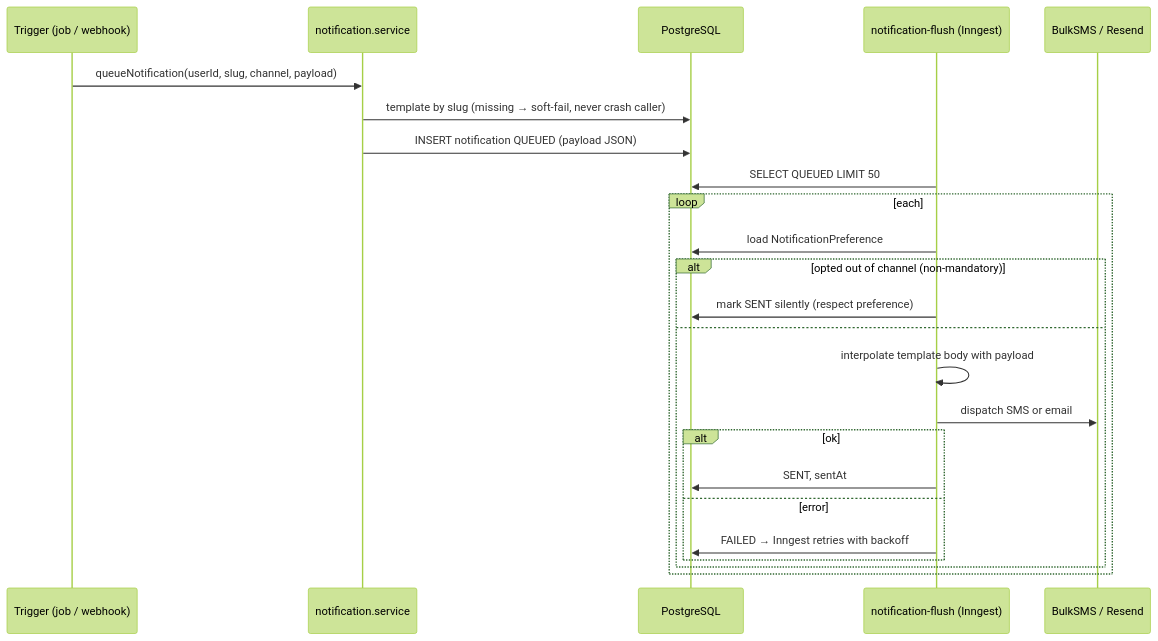
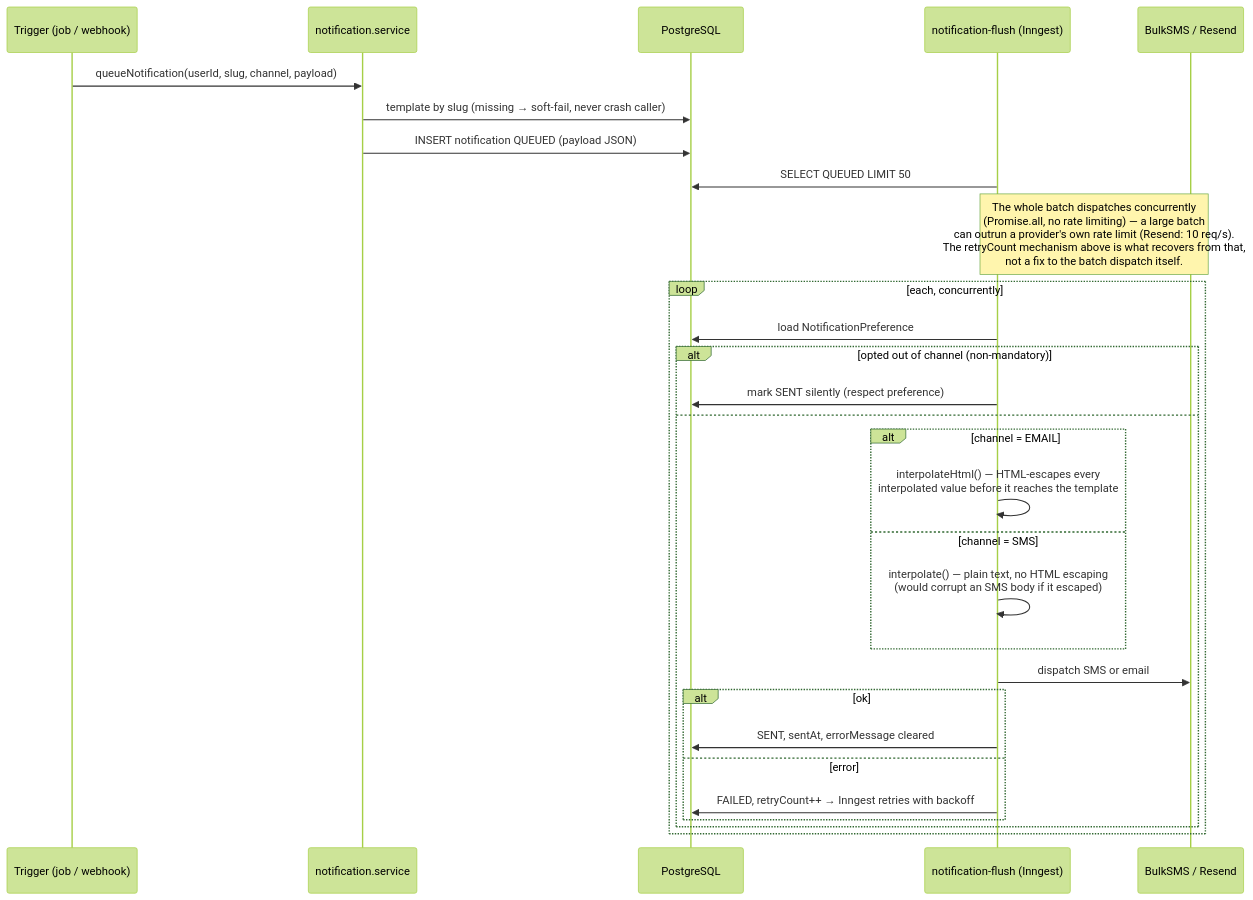
The second of 3 diagrams in docs/flows/04-notification-pipeline.md (KSDRILL-SA/Xkimi-Xa-Mali), drawn with Mermaid (forest theme) before and after one commit. The commit also changed other lines of this file and 5 other files, not shown here.

````diff
--- a/docs/flows/04-notification-pipeline.md
+++ b/docs/flows/04-notification-pipeline.md
@@ -26,28 +44,33 @@
 ```mermaid
 sequenceDiagram
     participant T as Trigger (job / webhook)
     participant SVC as notification.service
     participant DB as PostgreSQL
     participant FL as notification-flush (Inngest)
     participant P as BulkSMS / Resend
 
     T->>SVC: queueNotification(userId, slug, channel, payload)
     SVC->>DB: template by slug (missing → soft-fail, never crash caller)
     SVC->>DB: INSERT notification QUEUED (payload JSON)
 
     FL->>DB: SELECT QUEUED LIMIT 50
-    loop each
+    Note over FL,P: The whole batch dispatches concurrently<br/>(Promise.all, no rate limiting) — a large batch<br/>can outrun a provider's own rate limit (Resend: 10 req/s).<br/>The retryCount mechanism above is what recovers from that,<br/>not a fix to the batch dispatch itself.
+    loop each, concurrently
         FL->>DB: load NotificationPreference
         alt opted out of channel (non-mandatory)
             FL->>DB: mark SENT silently (respect preference)
         else
-            FL->>FL: interpolate template body with payload
+            alt channel = EMAIL
+                FL->>FL: interpolateHtml() — HTML-escapes every<br/>interpolated value before it reaches the template
+            else channel = SMS
+                FL->>FL: interpolate() — plain text, no HTML escaping<br/>(would corrupt an SMS body if it escaped)
+            end
             FL->>P: dispatch SMS or email
             alt ok
-                FL->>DB: SENT, sentAt
+                FL->>DB: SENT, sentAt, errorMessage cleared
             else error
-                FL->>DB: FAILED → Inngest retries with backoff
+                FL->>DB: FAILED, retryCount++ → Inngest retries with backoff
             end
         end
     end
 ```
````
